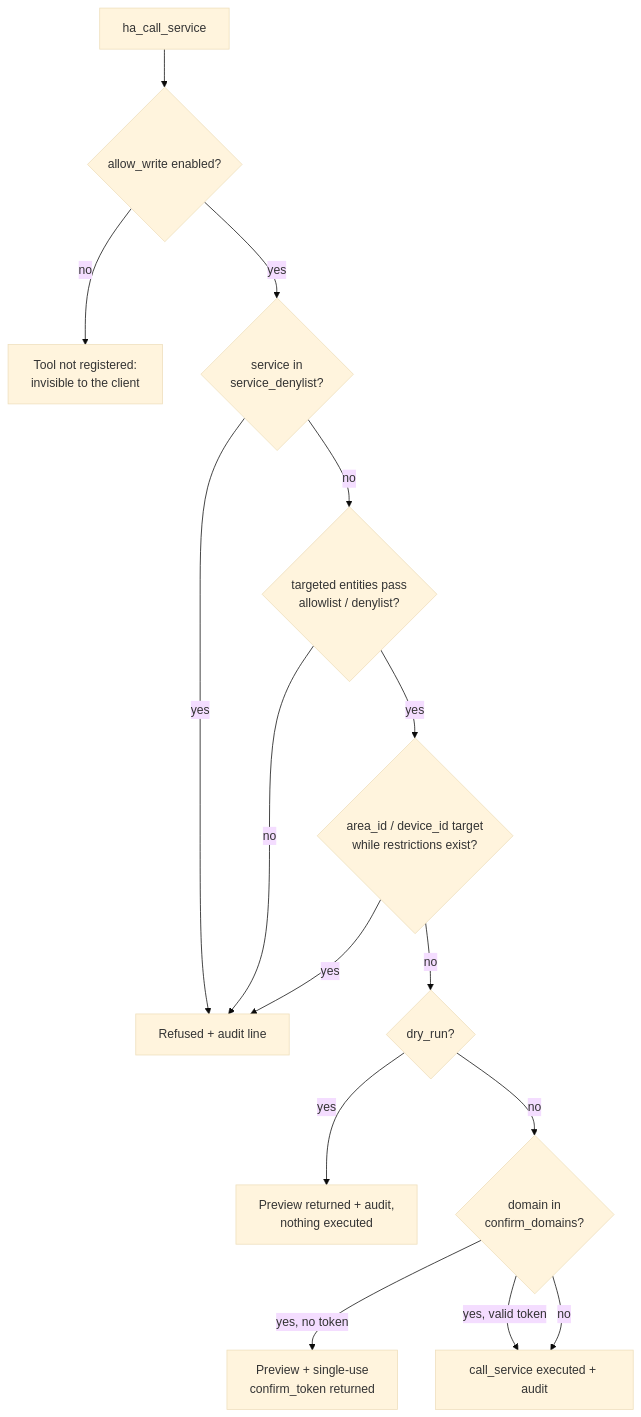
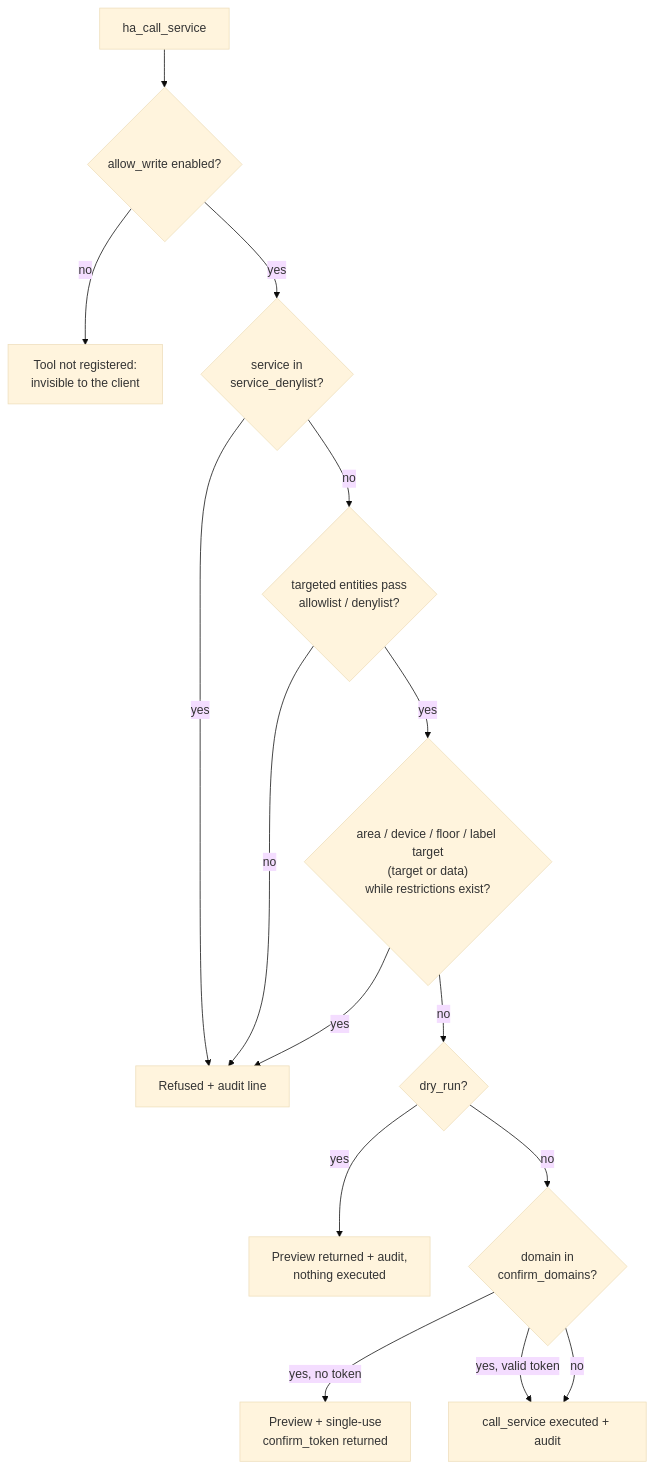
The diagram in docs/guide/security.md (Devitek/mcp-ha), drawn with Mermaid (base theme) before and after one commit. The commit also changed 77 other files, not shown here.

````diff
--- a/docs/guide/security.md
+++ b/docs/guide/security.md
@@ -15,17 +15,17 @@
 ```mermaid
 flowchart TD
   A["ha_call_service"] --> B{"allow_write enabled?"}
   B -- "no" --> R0["Tool not registered:<br>invisible to the client"]
   B -- "yes" --> C{"service in<br>service_denylist?"}
   C -- "yes" --> R1["Refused + audit line"]
   C -- "no" --> D{"targeted entities pass<br>allowlist / denylist?"}
   D -- "no" --> R1
-  D -- "yes" --> E{"area_id / device_id target<br>while restrictions exist?"}
+  D -- "yes" --> E{"area / device / floor / label target<br>(target or data)<br>while restrictions exist?"}
   E -- "yes" --> R1
   E -- "no" --> F{"dry_run?"}
   F -- "yes" --> P["Preview returned + audit,<br>nothing executed"]
   F -- "no" --> G{"domain in<br>confirm_domains?"}
   G -- "yes, no token" --> C1["Preview + single-use<br>confirm_token returned"]
   G -- "yes, valid token" --> X["call_service executed + audit"]
   G -- "no" --> X
 ```
````
